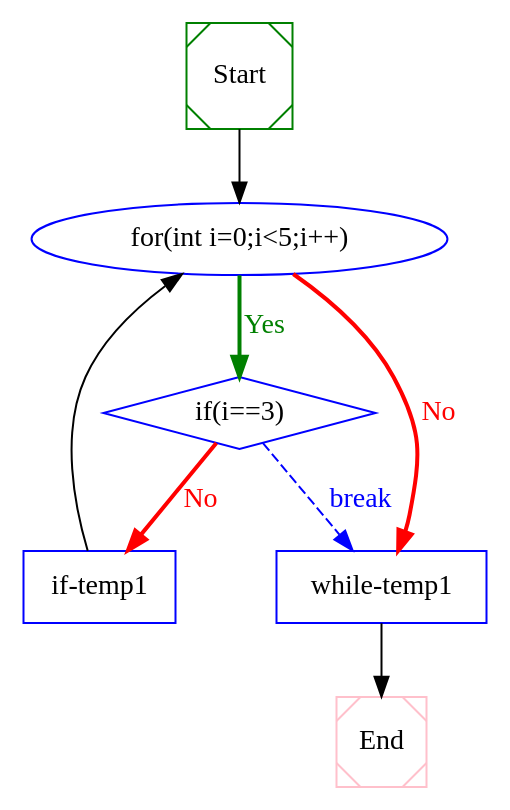
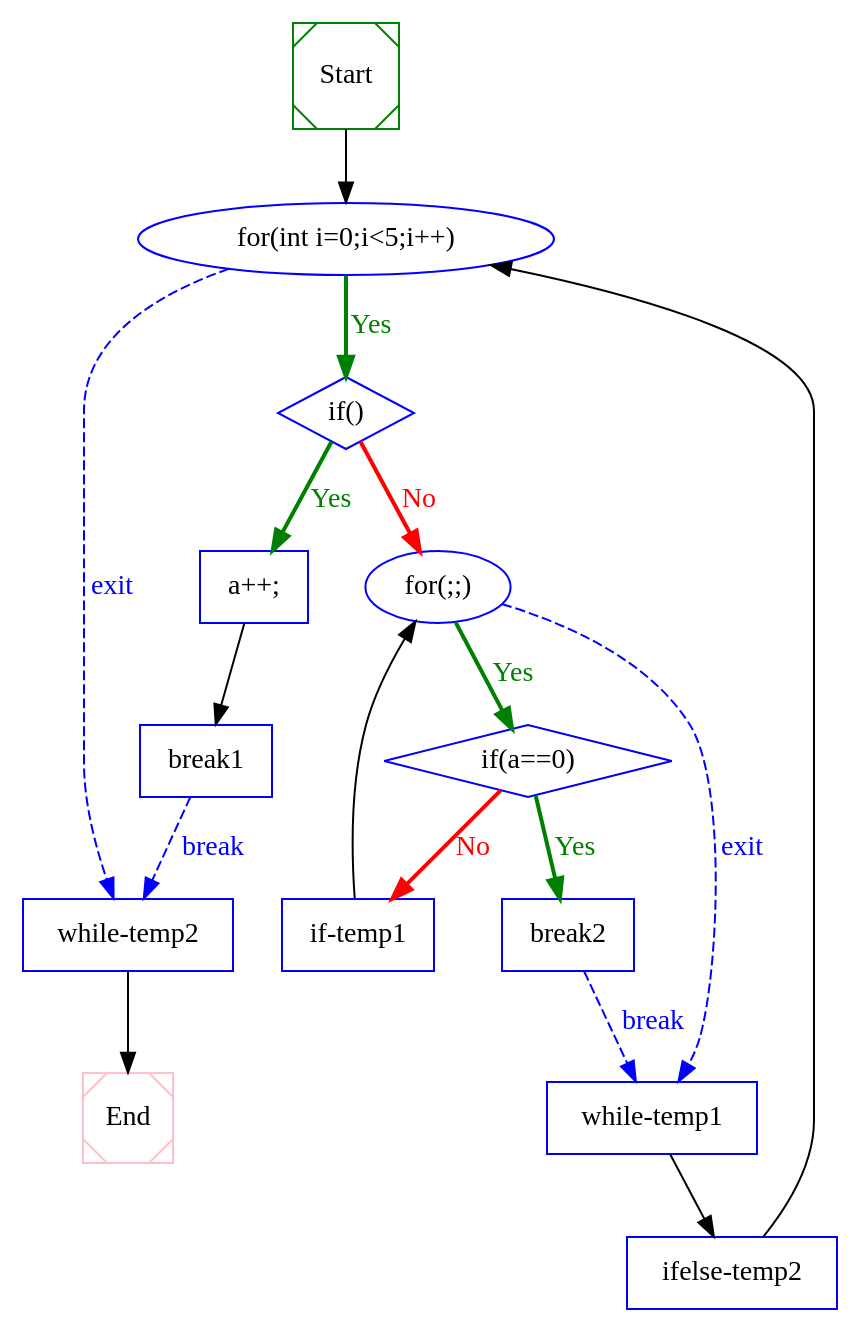
The diagram in out/test.dot (Naplues/Static-Analysis), drawn with Graphviz before and after one commit. The commit also changed 5 other files, not shown here.

```diff
--- a/out/test.dot
+++ b/out/test.dot
@@ -1,21 +1,44 @@
 digraph CFG {
  1  [shape = Msquare, color = green, label = "Start", ]
  2  [shape = ellipse, color = blue, label = "for(int i=0;i<5;i++)", ]
- 3  [shape = diamond, color = blue, label = "if(i==3)", ]
- 4  [shape = box, color = blue, label = "if-temp1", ]
- 5  [shape = box, color = blue, label = "while-temp1", ]
- 6  [shape = Msquare, color = pink, label = "End", ]
+ 3  [shape = diamond, color = blue, label = "if()", ]
+ 4  [shape = box, color = blue, label = "a++;", ]
+ 5  [shape = box, color = blue, label = "break1", ]
+ 6  [shape = ellipse, color = blue, label = "for(;;)", ]
+ 7  [shape = diamond, color = blue, label = "if(a==0)", ]
+ 8  [shape = box, color = blue, label = "break2", ]
+ 9  [shape = box, color = blue, label = "if-temp1", ]
+ 10  [shape = box, color = blue, label = "while-temp1", ]
+ 11  [shape = box, color = blue, label = "ifelse-temp2", ]
+ 12  [shape = box, color = blue, label = "while-temp2", ]
+ 13  [shape = Msquare, color = pink, label = "End", ]
  1  ->  2  [style = solid, label="", fillcolor = black, color = black, fontcolor = black]
 
- 2  ->  5  [style = bold, label="No", fillcolor = red, color = red, fontcolor = red]
+ 2  ->  12  [style = dashed, label="exit", fillcolor = blue, color = blue, fontcolor = blue]
  2  ->  3  [style = bold, label="Yes", fillcolor = green, color = green, fontcolor = green]
 
- 3  ->  5  [style = dashed, label="break", fillcolor = blue, color = blue, fontcolor = blue]
- 3  ->  4  [style = bold, label="No", fillcolor = red, color = red, fontcolor = red]
+ 3  ->  6  [style = bold, label="No", fillcolor = red, color = red, fontcolor = red]
+ 3  ->  4  [style = bold, label="Yes", fillcolor = green, color = green, fontcolor = green]
 
- 4  ->  2  [style = solid, label="", fillcolor = black, color = black, fontcolor = black]
+ 4  ->  5  [style = solid, label="", fillcolor = black, color = black, fontcolor = black]
 
- 5  ->  6  [style = solid, label="", fillcolor = black, color = black, fontcolor = black]
+ 5  ->  12  [style = dashed, label="break", fillcolor = blue, color = blue, fontcolor = blue]
+
+ 6  ->  10  [style = dashed, label="exit", fillcolor = blue, color = blue, fontcolor = blue]
+ 6  ->  7  [style = bold, label="Yes", fillcolor = green, color = green, fontcolor = green]
+
+ 7  ->  9  [style = bold, label="No", fillcolor = red, color = red, fontcolor = red]
+ 7  ->  8  [style = bold, label="Yes", fillcolor = green, color = green, fontcolor = green]
+
+ 8  ->  10  [style = dashed, label="break", fillcolor = blue, color = blue, fontcolor = blue]
+
+ 9  ->  6  [style = solid, label="", fillcolor = black, color = black, fontcolor = black]
+
+ 10  ->  11  [style = solid, label="", fillcolor = black, color = black, fontcolor = black]
+
+ 11  ->  2  [style = solid, label="", fillcolor = black, color = black, fontcolor = black]
+
+ 12  ->  13  [style = solid, label="", fillcolor = black, color = black, fontcolor = black]
 
 
 }
```
